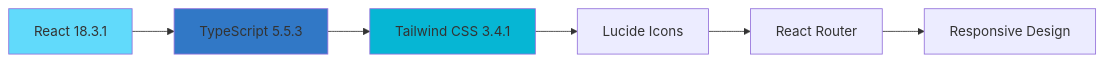
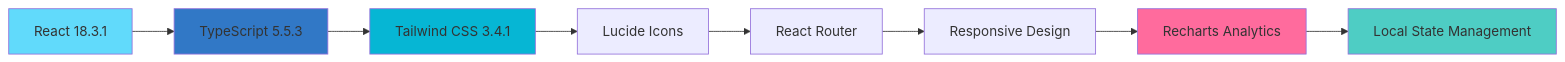
The sixth of 13 diagrams in README.md (SDpDas/SoulSync), drawn with Mermaid before and after one commit. The commit also changed other lines of this file and 26 other files, not shown here.

````diff
--- a/README.md
+++ b/README.md
@@ -208,12 +263,16 @@
 ```mermaid
 graph LR
     A[React 18.3.1] --> B[TypeScript 5.5.3]
     B --> C[Tailwind CSS 3.4.1]
     C --> D[Lucide Icons]
     D --> E[React Router]
     E --> F[Responsive Design]
+    F --> G[Recharts Analytics]
+    G --> H[Local State Management]
     
     style A fill:#61dafb
     style B fill:#3178c6
     style C fill:#06b6d4
+    style G fill:#ff6b9d
+    style H fill:#4ecdc4
 ```
````
